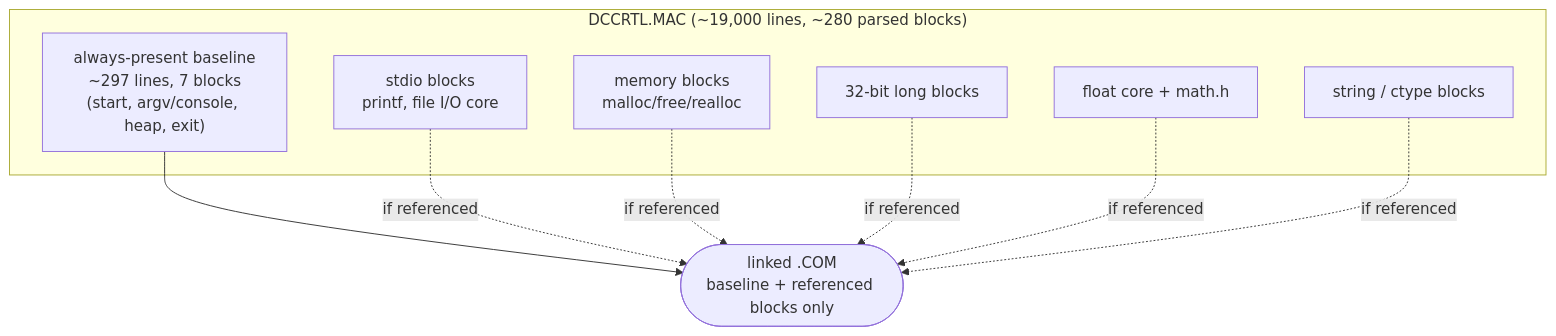
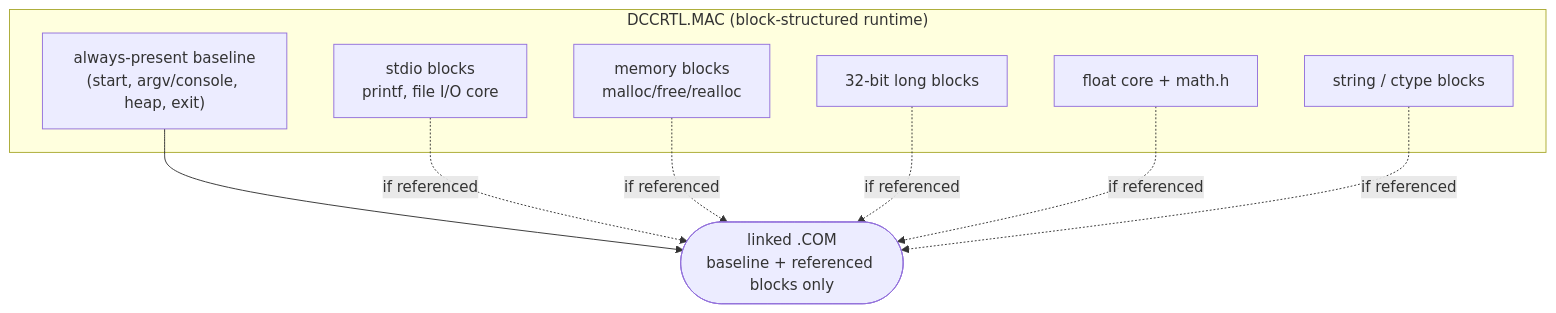
The fifth of 5 diagrams in docs/docs/en/appendix/00-architecture.md (davidly/dcc), drawn with Mermaid before and after one commit. The commit also changed other lines of this file and 13 other files, not shown here.

````diff
--- a/docs/docs/en/appendix/00-architecture.md
+++ b/docs/docs/en/appendix/00-architecture.md
@@ -406,17 +412,17 @@
 ```mermaid
 flowchart TB
-    subgraph RT["DCCRTL.MAC (~19,000 lines, ~280 parsed blocks)"]
-      BASE["always-present baseline<br/>~297 lines, 7 blocks<br/>(start, argv/console, heap, exit)"]
+    subgraph RT["DCCRTL.MAC (block-structured runtime)"]
+      BASE["always-present baseline<br/>(start, argv/console, heap, exit)"]
         IO["stdio blocks<br/>printf, file I/O core"]
         MEM["memory blocks<br/>malloc/free/realloc"]
         LONG["32-bit long blocks"]
         FLT["float core + math.h"]
         STR["string / ctype blocks"]
     end
     BASE --> APP(["linked .COM<br/>baseline + referenced blocks only"])
     IO -. if referenced .-> APP
     MEM -. if referenced .-> APP
     LONG -. if referenced .-> APP
     FLT -. if referenced .-> APP
     STR -. if referenced .-> APP
 ```
````
